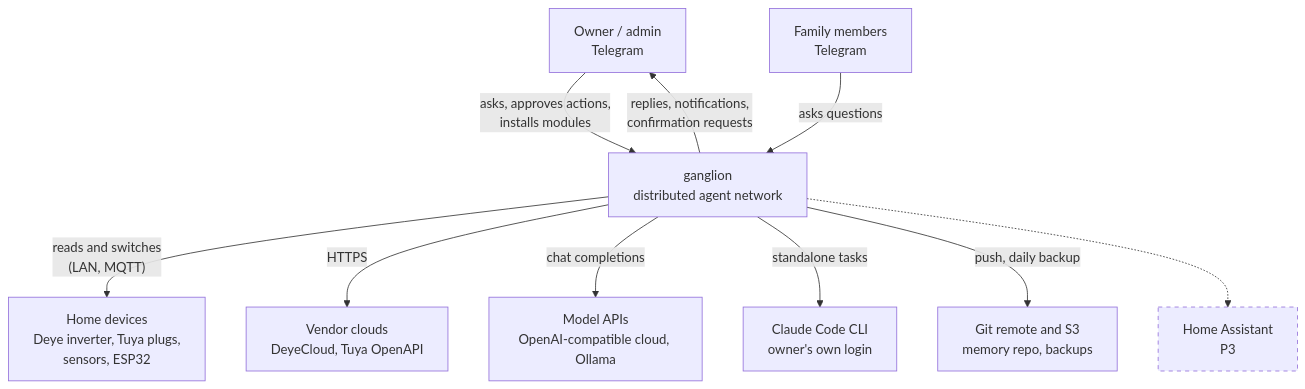
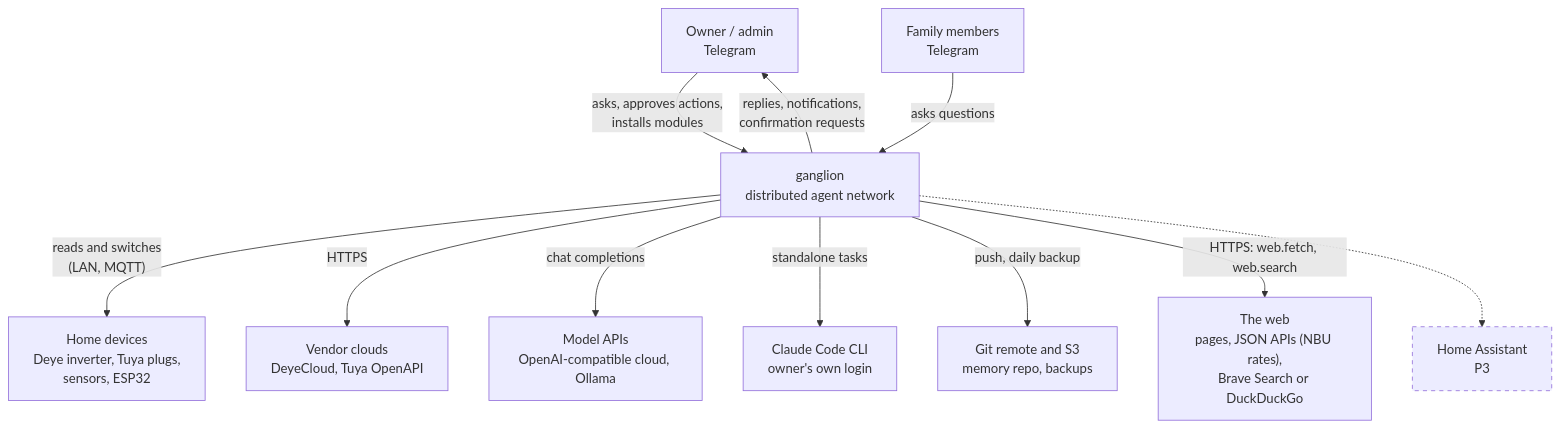
The diagram in docs/architecture/01-context.md (igorrius/ganglion), drawn with Mermaid before and after one commit. The commit also changed other lines of this file and 28 other files, not shown here.

````diff
--- a/docs/architecture/01-context.md
+++ b/docs/architecture/01-context.md
@@ -6,27 +6,29 @@
 ```mermaid
 flowchart TB
     owner["Owner / admin<br/>Telegram"]
     family["Family members<br/>Telegram"]
 
     g["ganglion<br/>distributed agent network"]
 
     devices["Home devices<br/>Deye inverter, Tuya plugs,<br/>sensors, ESP32"]
     clouds["Vendor clouds<br/>DeyeCloud, Tuya OpenAPI"]
     llm["Model APIs<br/>OpenAI-compatible cloud, Ollama"]
     claude["Claude Code CLI<br/>owner's own login"]
     backup["Git remote and S3<br/>memory repo, backups"]
+    webs["The web<br/>pages, JSON APIs (NBU rates),<br/>Brave Search or DuckDuckGo"]
     ha["Home Assistant<br/>P3"]
 
     owner -- "asks, approves actions,<br/>installs modules" --> g
     family -- "asks questions" --> g
     g -- "replies, notifications,<br/>confirmation requests" --> owner
     g -- "reads and switches<br/>(LAN, MQTT)" --> devices
     g -- "HTTPS" --> clouds
     g -- "chat completions" --> llm
     g -- "standalone tasks" --> claude
     g -- "push, daily backup" --> backup
+    g -- "HTTPS: web.fetch, web.search" --> webs
     g -.-> ha
 
     classDef planned stroke-dasharray: 5 5
     class ha planned
 ```
````
